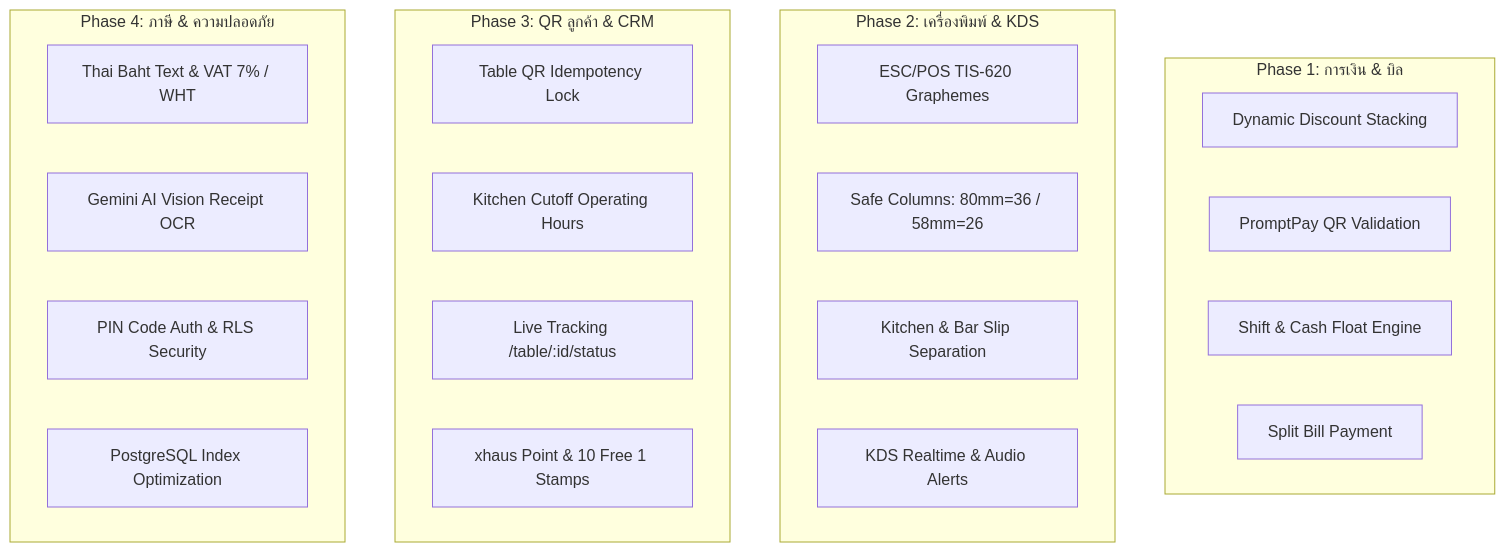
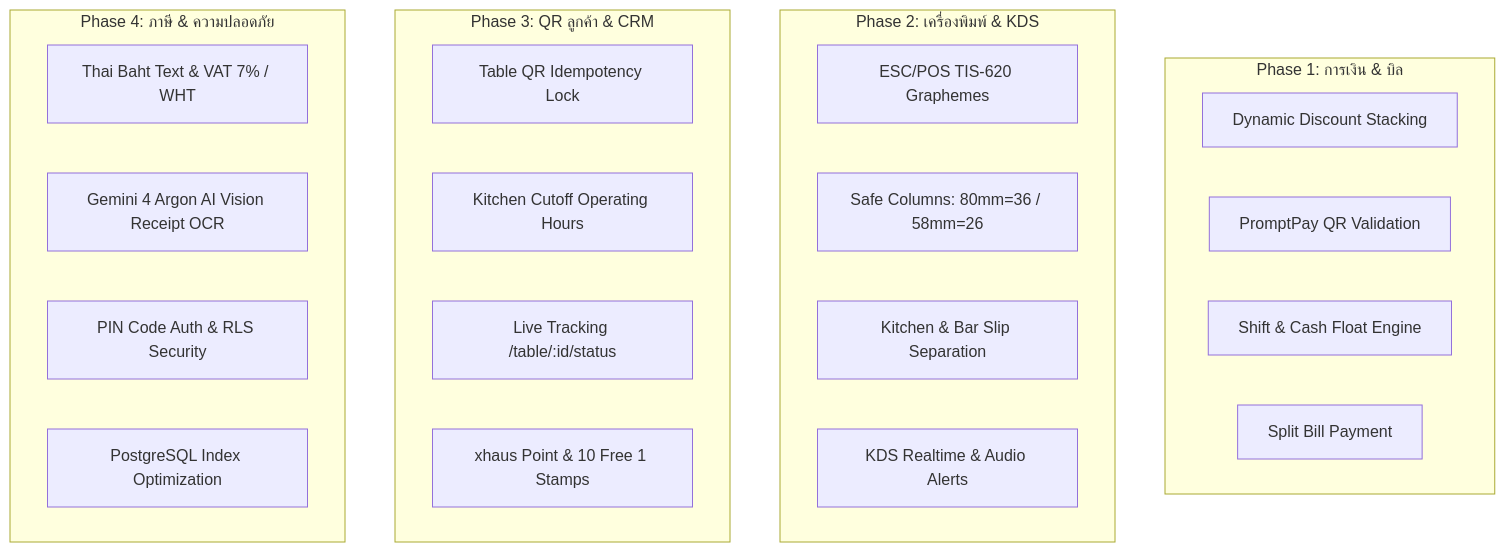
One commit to bitbloc/haustable changed the diagram in SYSTEM_AUDIT_REPORT.md. Above: the diagram before and after it, drawn with Mermaid. The commit also changed other lines of this file and 16 other files, not shown here.

````diff
--- a/SYSTEM_AUDIT_REPORT.md
+++ b/SYSTEM_AUDIT_REPORT.md
@@ -9,30 +9,30 @@
 ```mermaid
 graph TD
     subgraph P1 [Phase 1: การเงิน & บิล]
         M1[Dynamic Discount Stacking]
         M2[PromptPay QR Validation]
         M3[Shift & Cash Float Engine]
         M4[Split Bill Payment]
     end
 
     subgraph P2 [Phase 2: เครื่องพิมพ์ & KDS]
         M5[ESC/POS TIS-620 Graphemes]
         M6[Safe Columns: 80mm=36 / 58mm=26]
         M7[Kitchen & Bar Slip Separation]
         M8[KDS Realtime & Audio Alerts]
     end
 
     subgraph P3 [Phase 3: QR ลูกค้า & CRM]
         M9[Table QR Idempotency Lock]
         M10[Kitchen Cutoff Operating Hours]
         M11[Live Tracking /table/:id/status]
         M12[xhaus Point & 10 Free 1 Stamps]
     end
 
     subgraph P4 [Phase 4: ภาษี & ความปลอดภัย]
         M13[Thai Baht Text & VAT 7% / WHT]
-        M14[Gemini AI Vision Receipt OCR]
+        M14[Gemini 4 Argon AI Vision Receipt OCR]
         M15[PIN Code Auth & RLS Security]
         M16[PostgreSQL Index Optimization]
     end
 ```
````
